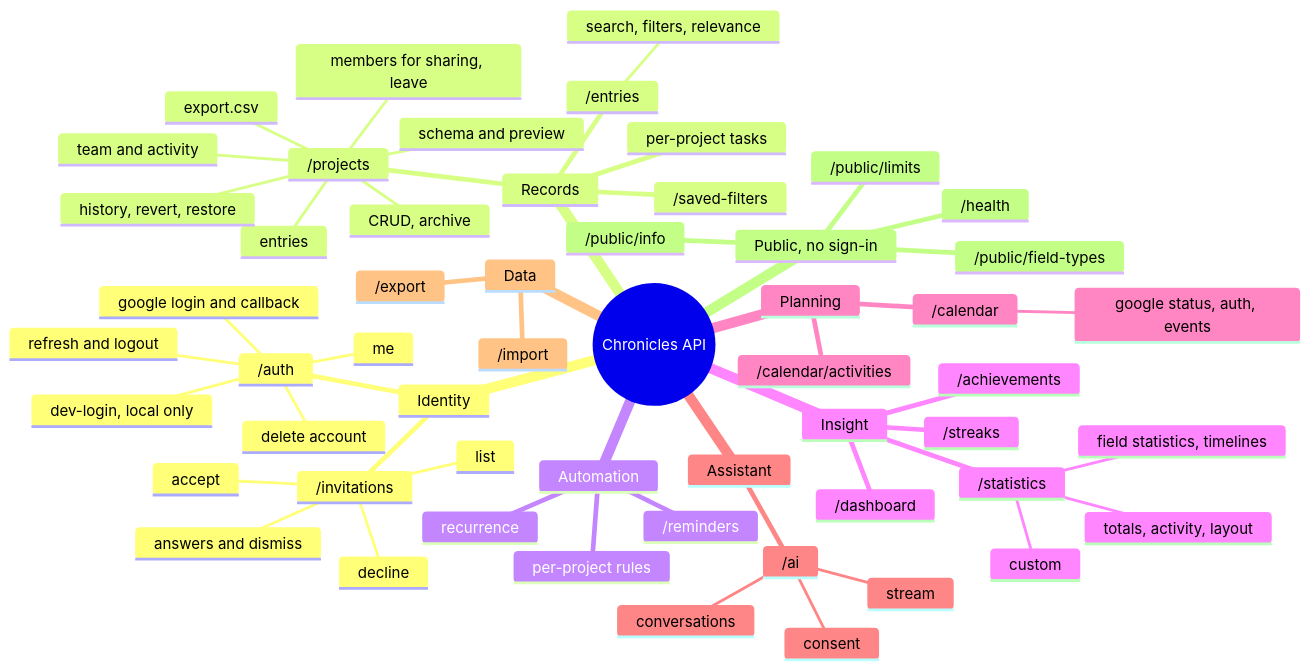
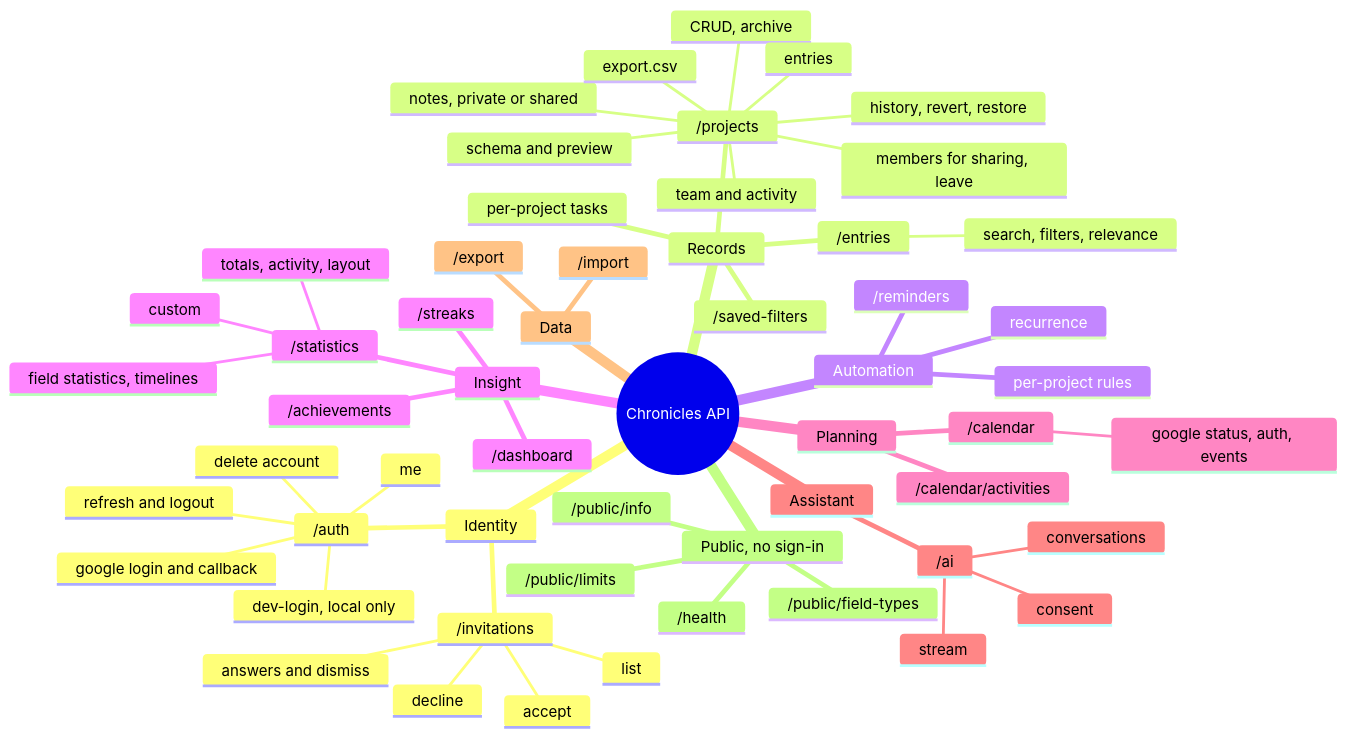
Before and after one commit to IcedMallard4334/Chronicles-Logbook: diagram 28 of 30 in docs/architecture/diagrams.md, drawn with Mermaid. The commit also changed other lines of this file and 25 other files, not shown here.

First line of the commit message:
feat: project notes, private or shared with the team

````diff
--- a/docs/architecture/diagrams.md
+++ b/docs/architecture/diagrams.md
@@ -1046,58 +1065,59 @@
 ```mermaid
 mindmap
   root((Chronicles API))
     Identity
       /auth
         google login and callback
         dev-login, local only
         refresh and logout
         me
         delete account
       /invitations
         list
         accept
         decline
         answers and dismiss
     Records
       /projects
         CRUD, archive
         schema and preview
         entries
         history, revert, restore
         team and activity
+        notes, private or shared
         members for sharing, leave
         export.csv
       per-project tasks
       /entries
         search, filters, relevance
       /saved-filters
     Automation
       per-project rules
       recurrence
       /reminders
     Insight
       /statistics
         totals, activity, layout
         field statistics, timelines
         custom
       /dashboard
       /streaks
       /achievements
     Planning
       /calendar
         google status, auth, events
       /calendar/activities
     Assistant
       /ai
         consent
         conversations
         stream
     Data
       /export
       /import
     Public, no sign-in
       /health
       /public/info
       /public/field-types
       /public/limits
 ```
````
